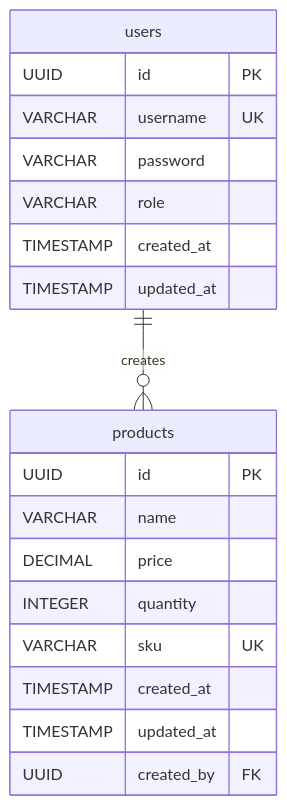
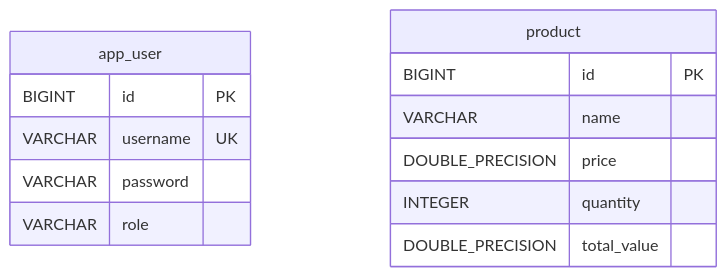
Before and after one commit to Keglev/stockease: the second of 2 diagrams in docs/architecture/deployment/infrastructure.md, drawn with Mermaid. The commit also changed other lines of this file and 20 other files, not shown here.

````diff
--- a/docs/architecture/deployment/infrastructure.md
+++ b/docs/architecture/deployment/infrastructure.md
@@ -111,22 +111,16 @@
 ```mermaid
 erDiagram
-    users {
-        UUID id PK
+    app_user {
+        BIGINT id PK
         VARCHAR username UK
         VARCHAR password
         VARCHAR role
-        TIMESTAMP created_at
-        TIMESTAMP updated_at
     }
-    products {
-        UUID id PK
+    product {
+        BIGINT id PK
         VARCHAR name
-        DECIMAL price
+        DOUBLE_PRECISION price
         INTEGER quantity
-        VARCHAR sku UK
-        TIMESTAMP created_at
-        TIMESTAMP updated_at
-        UUID created_by FK
+        DOUBLE_PRECISION total_value
     }
-    users ||--o{ products : "creates"
 ```
````
